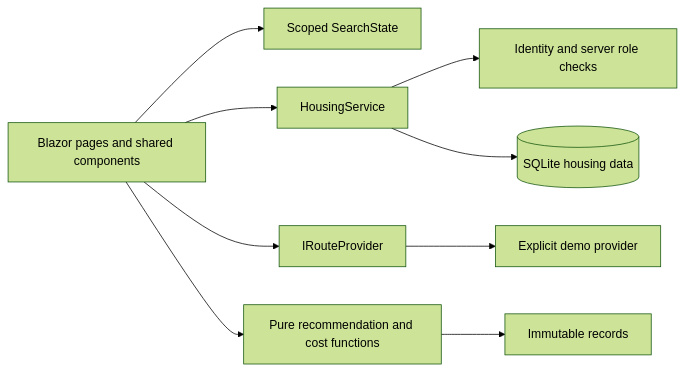
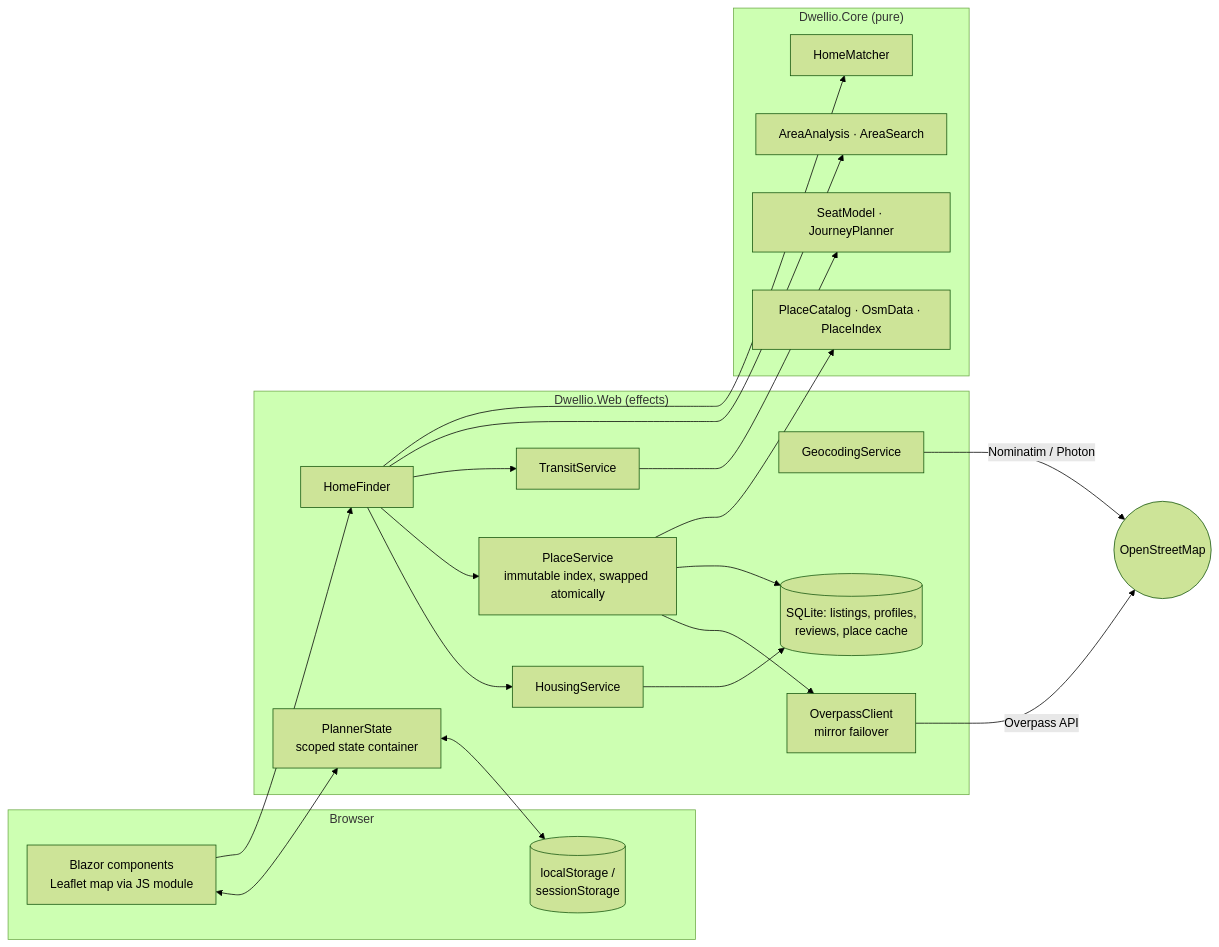
One commit to Nkdr21/final-project changed the diagram in docs/architecture.md. Above: the diagram before and after it, drawn with Mermaid (forest theme). The commit also changed other lines of this file and 104 other files, not shown here.

````diff
--- a/docs/architecture.md
+++ b/docs/architecture.md
@@ -5,11 +5,33 @@
 ```mermaid
 flowchart LR
-    UI[Blazor pages and shared components] --> State[Scoped SearchState]
-    UI --> Service[HousingService]
-    Service --> Auth[Identity and server role checks]
-    Service --> DB[(SQLite housing data)]
-    UI --> Route[IRouteProvider]
-    Route --> Demo[Explicit demo provider]
-    UI --> Core[Pure recommendation and cost functions]
-    Core --> Model[Immutable records]
+    subgraph Browser
+        UI[Blazor components<br/>Leaflet map via JS module]
+        LS[(localStorage /<br/>sessionStorage)]
+    end
+    subgraph Web["Dwellio.Web (effects)"]
+        PS[PlannerState<br/>scoped state container]
+        HF[HomeFinder]
+        PL[PlaceService<br/>immutable index, swapped atomically]
+        TR[TransitService]
+        GEO[GeocodingService]
+        OV[OverpassClient<br/>mirror failover]
+        HS[HousingService]
+        DB[(SQLite: listings, profiles,<br/>reviews, place cache)]
+    end
+    subgraph Core["Dwellio.Core (pure)"]
+        PC[PlaceCatalog · OsmData · PlaceIndex]
+        AA[AreaAnalysis · AreaSearch]
+        SM[SeatModel · JourneyPlanner]
+        HM[HomeMatcher]
+    end
+    UI <--> PS
+    PS <--> LS
+    UI --> HF --> HS --> DB
+    HF --> PL & TR
+    PL --> OV -->|Overpass API| OSM((OpenStreetMap))
+    GEO -->|Nominatim / Photon| OSM
+    PL --> DB
+    HF --> AA & HM
+    TR --> SM
+    PL --> PC
 ```
````
